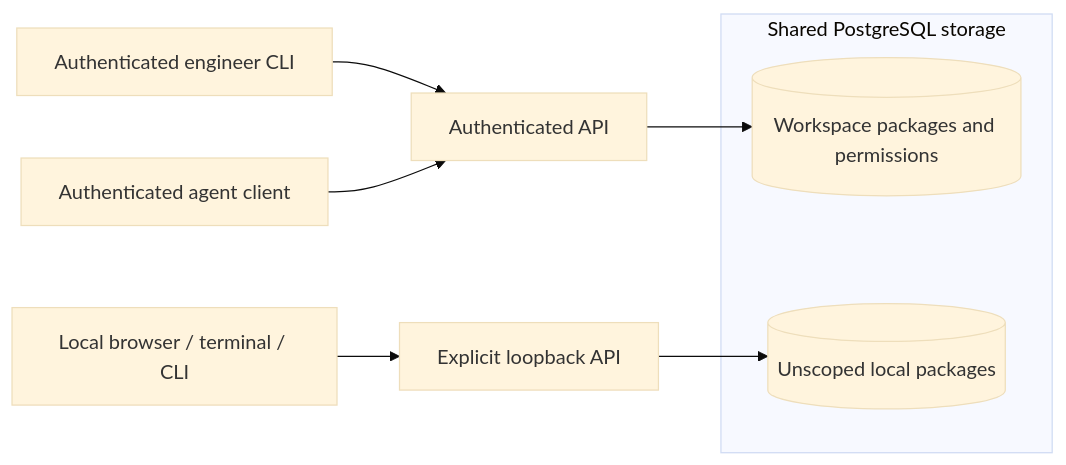
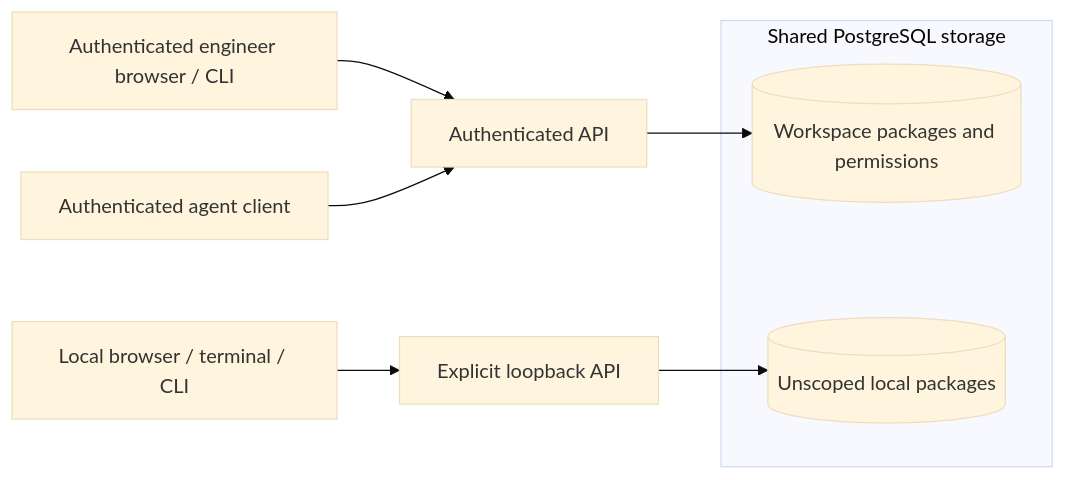
The diagram in docs/architecture/collaboration.md (phenixrizen/conductor), drawn with Mermaid (base theme) before and after one commit. The commit also changed other lines of this file and 16 other files, not shown here.

Commit message:
docs: explain browser sign-in and shared review operations

````diff
--- a/docs/architecture/collaboration.md
+++ b/docs/architecture/collaboration.md
@@ -21,12 +21,12 @@
 ```mermaid
 flowchart LR
-    Human[Authenticated engineer CLI] --> Shared[Authenticated API]
+    Human[Authenticated engineer browser / CLI] --> Shared[Authenticated API]
     Agent[Authenticated agent client] --> Shared
     Local[Local browser / terminal / CLI] --> LocalAPI[Explicit loopback API]
     Shared --> Scoped[(Workspace packages and permissions)]
     LocalAPI --> Legacy[(Unscoped local packages)]
     subgraph PostgreSQL[Shared PostgreSQL storage]
         Scoped
         Legacy
     end
 ```
````
